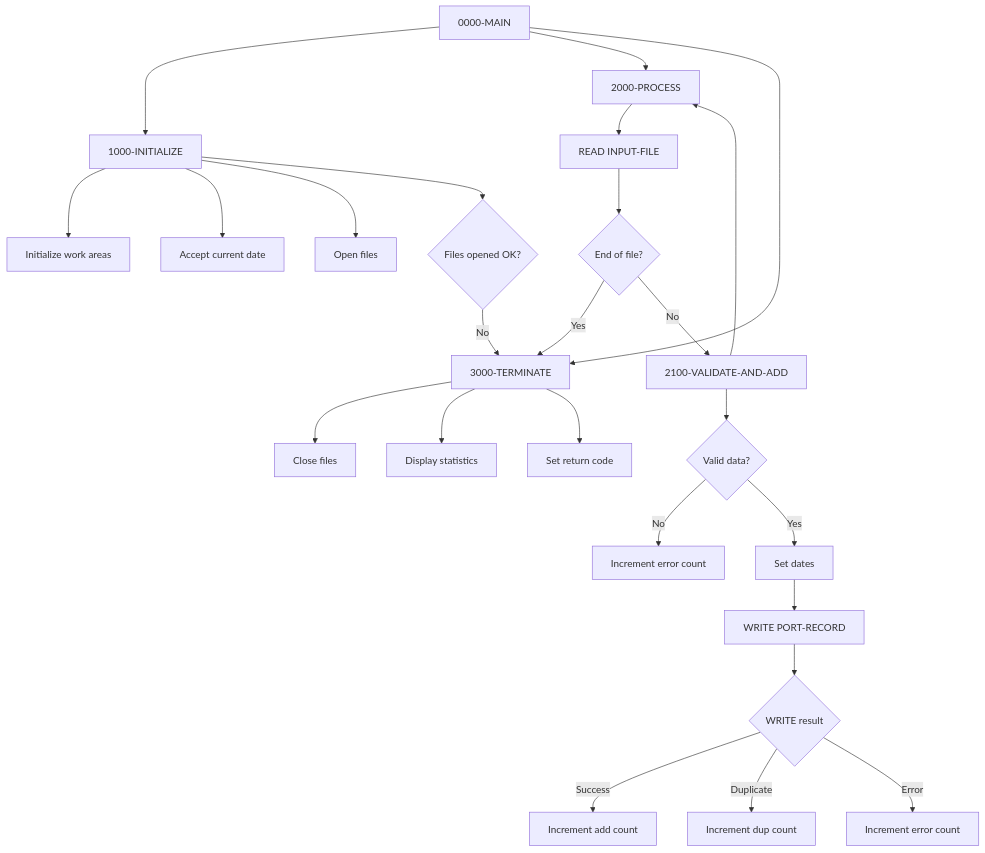
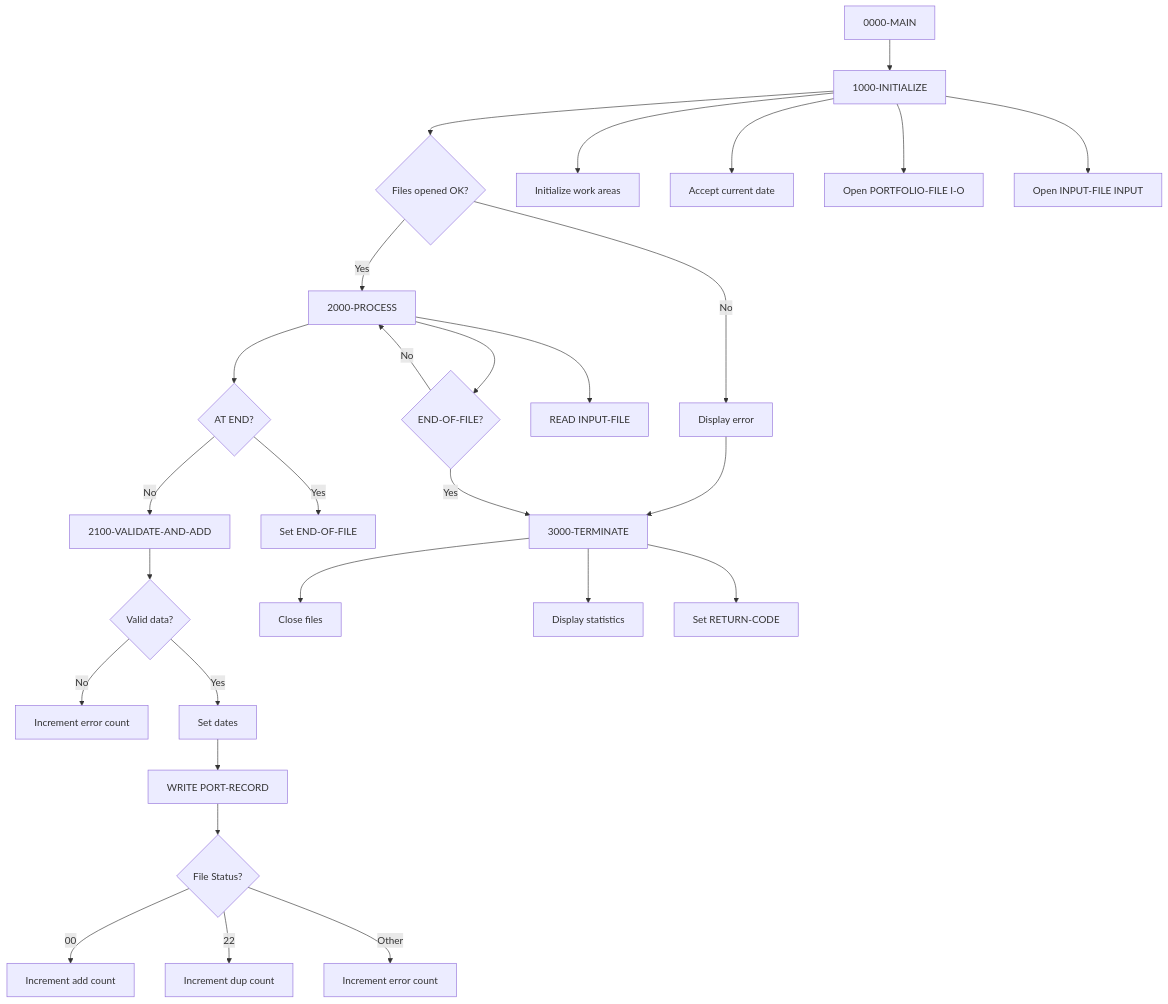
Before and after one commit to haladir-com/legacy-benchmark-docs-vb70e1: the first of 2 diagrams in docs/programs/PORTADD.mdx, drawn with Mermaid. The commit also changed other lines of this file and 63 other files, not shown here.

````diff
--- a/docs/programs/PORTADD.mdx
+++ b/docs/programs/PORTADD.mdx
@@ -16,32 +16,34 @@
 ```mermaid
 graph TD
     A[0000-MAIN] --> B[1000-INITIALIZE]
-    A --> C[2000-PROCESS]
-    A --> D[3000-TERMINATE]
+    B --> C{Files opened OK?}
+    C -->|No| D[Display error]
+    D --> E[3000-TERMINATE]
+    C -->|Yes| F[2000-PROCESS]
+    F --> G{END-OF-FILE?}
+    G -->|No| F
+    G -->|Yes| E
     
     B --> B1[Initialize work areas]
     B --> B2[Accept current date]
-    B --> B3[Open files]
-    B --> B4{Files opened OK?}
-    B4 -->|No| D
+    B --> B3[Open PORTFOLIO-FILE I-O]
+    B --> B4[Open INPUT-FILE INPUT]
     
-    C --> C1[READ INPUT-FILE]
-    C1 --> C2{End of file?}
-    C2 -->|Yes| D
-    C2 -->|No| C3[2100-VALIDATE-AND-ADD]
+    F --> F1[READ INPUT-FILE]
+    F --> F2{AT END?}
+    F2 -->|Yes| F3[Set END-OF-FILE]
+    F2 -->|No| F4[2100-VALIDATE-AND-ADD]
     
-    C3 --> V1{Valid data?}
+    F4 --> V1{Valid data?}
     V1 -->|No| V2[Increment error count]
     V1 -->|Yes| V3[Set dates]
     V3 --> V4[WRITE PORT-RECORD]
-    V4 --> V5{WRITE result}
-    V5 -->|Success| V6[Increment add count]
-    V5 -->|Duplicate| V7[Increment dup count]
-    V5 -->|Error| V8[Increment error count]
+    V4 --> V5{File Status?}
+    V5 -->|00| V6[Increment add count]
+    V5 -->|22| V7[Increment dup count]
+    V5 -->|Other| V8[Increment error count]
     
-    C3 --> C
-    
-    D --> D1[Close files]
-    D --> D2[Display statistics]
-    D --> D3[Set return code]
+    E --> E1[Close files]
+    E --> E2[Display statistics]
+    E --> E3[Set RETURN-CODE]
 ```
````
